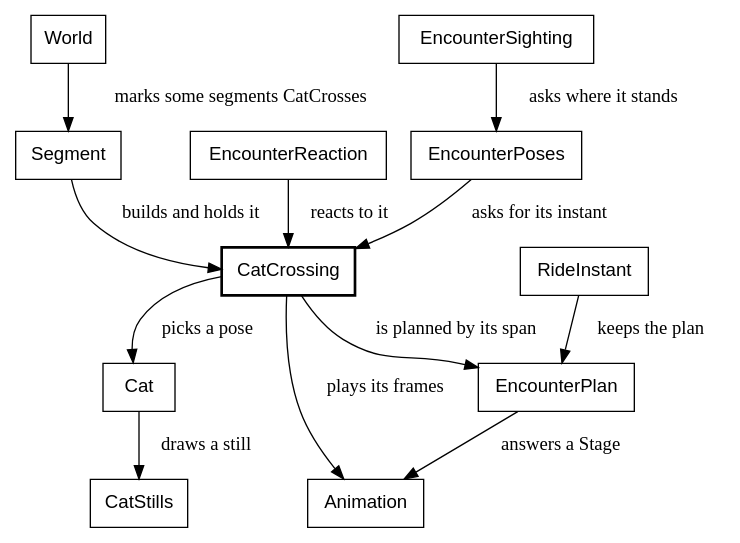
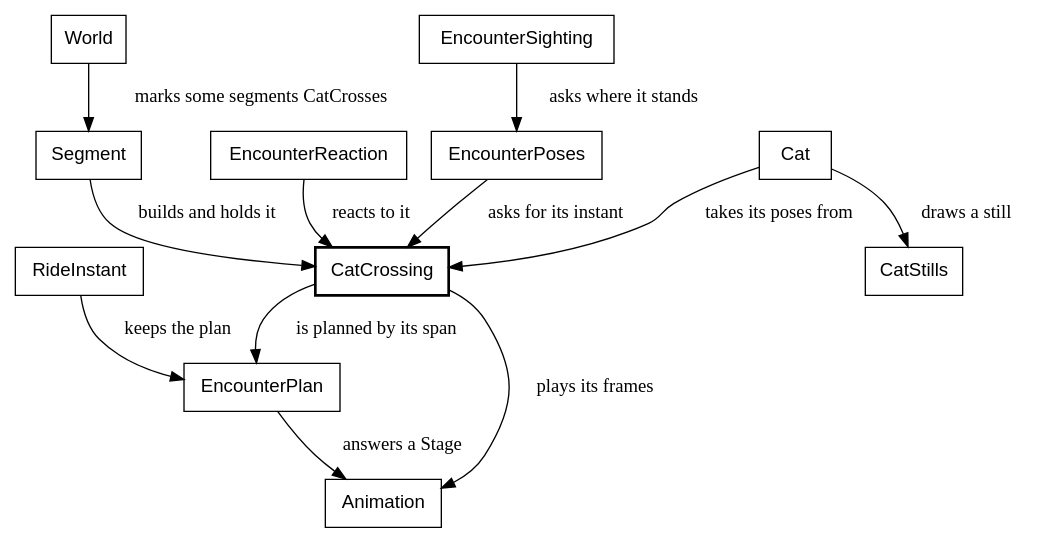
Diagram 22 of 30 in canvas_apps/safari/tutorial/tutorial.md (showell/roc-apps), drawn with Graphviz before and after one commit. The commit also changed other lines of this file and 8 other files, not shown here.

First line of the commit message:
safari: the ride owns the pose types; Cat and Bird import the ride

````diff
--- a/canvas_apps/safari/tutorial/tutorial.md
+++ b/canvas_apps/safari/tutorial/tutorial.md
@@ -2138,17 +2138,17 @@
 ```dot
 digraph cat {
   node [shape=box, fontname="Helvetica"];
   CatCrossing [style=bold];
   World -> Segment [label="  marks some segments CatCrosses"];
   Segment -> CatCrossing [label="  builds and holds it"];
   RideInstant -> EncounterPlan [label="  keeps the plan"];
   EncounterReaction -> CatCrossing [label="  reacts to it"];
   EncounterSighting -> EncounterPoses [label="  asks where it stands"];
   EncounterPoses -> CatCrossing [label="  asks for its instant"];
-  CatCrossing -> Cat [label="  picks a pose"];
+  Cat -> CatCrossing [label="  takes its poses from"];
   CatCrossing -> Animation [label="  plays its frames"];
   CatCrossing -> EncounterPlan [label="  is planned by its span"];
   EncounterPlan -> Animation [label="  answers a Stage"];
   Cat -> CatStills [label="  draws a still"];
 }
 ```
````
